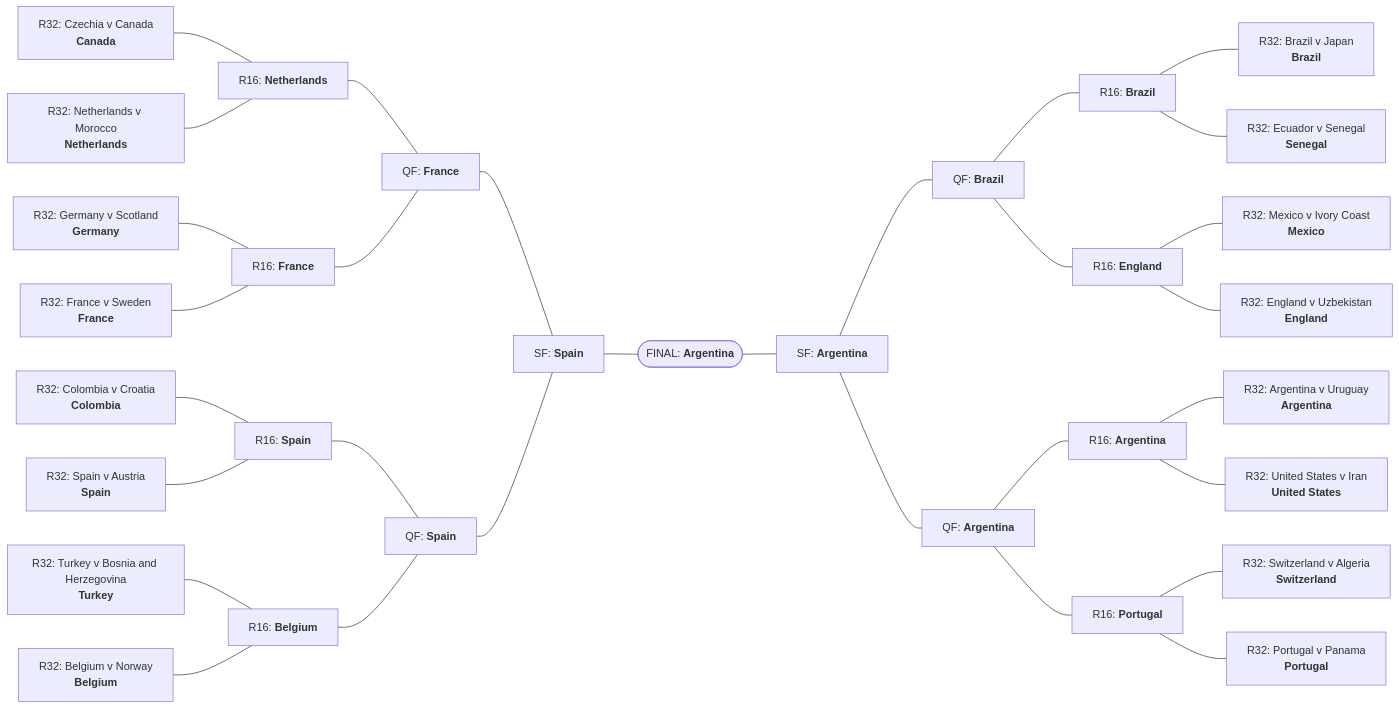
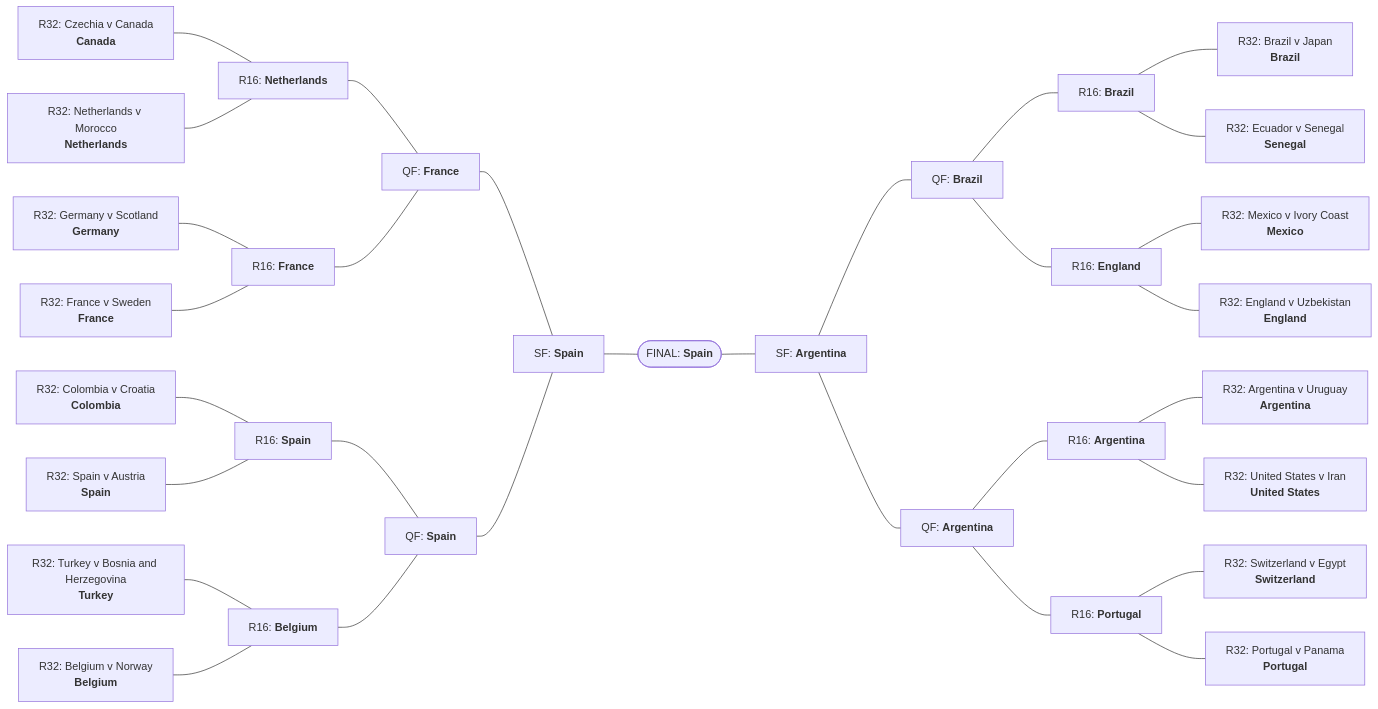
Before and after one commit to yutsz1203/worldcup-2026-prediction: the first of 2 diagrams in showcase.md, drawn with Mermaid. The commit also changed other lines of this file and 102 other files, not shown here.

````diff
--- a/showcase.md
+++ b/showcase.md
@@ -285,64 +154,64 @@
 ```mermaid
 flowchart LR
   m73["R32: Czechia v Canada<br/><b>Canada</b>"]
   m74["R32: Germany v Scotland<br/><b>Germany</b>"]
   m75["R32: Netherlands v Morocco<br/><b>Netherlands</b>"]
   m76["R32: Brazil v Japan<br/><b>Brazil</b>"]
   m77["R32: France v Sweden<br/><b>France</b>"]
   m78["R32: Ecuador v Senegal<br/><b>Senegal</b>"]
   m79["R32: Mexico v Ivory Coast<br/><b>Mexico</b>"]
   m80["R32: England v Uzbekistan<br/><b>England</b>"]
   m81["R32: Turkey v Bosnia and Herzegovina<br/><b>Turkey</b>"]
   m82["R32: Belgium v Norway<br/><b>Belgium</b>"]
   m83["R32: Colombia v Croatia<br/><b>Colombia</b>"]
   m84["R32: Spain v Austria<br/><b>Spain</b>"]
-  m85["R32: Switzerland v Algeria<br/><b>Switzerland</b>"]
+  m85["R32: Switzerland v Egypt<br/><b>Switzerland</b>"]
   m86["R32: Argentina v Uruguay<br/><b>Argentina</b>"]
   m87["R32: Portugal v Panama<br/><b>Portugal</b>"]
   m88["R32: United States v Iran<br/><b>United States</b>"]
   m89["R16: <b>Netherlands</b>"]
   m90["R16: <b>France</b>"]
   m91["R16: <b>Brazil</b>"]
   m92["R16: <b>England</b>"]
   m93["R16: <b>Spain</b>"]
   m94["R16: <b>Belgium</b>"]
   m95["R16: <b>Argentina</b>"]
   m96["R16: <b>Portugal</b>"]
   m97["QF: <b>France</b>"]
   m98["QF: <b>Spain</b>"]
   m99["QF: <b>Brazil</b>"]
   m100["QF: <b>Argentina</b>"]
   m101["SF: <b>Spain</b>"]
   m102["SF: <b>Argentina</b>"]
-  m104(["FINAL: <b>Argentina</b>"])
+  m104(["FINAL: <b>Spain</b>"])
   m73 --- m89
   m75 --- m89
   m74 --- m90
   m77 --- m90
   m91 --- m76
   m91 --- m78
   m92 --- m79
   m92 --- m80
   m83 --- m93
   m84 --- m93
   m81 --- m94
   m82 --- m94
   m95 --- m86
   m95 --- m88
   m96 --- m85
   m96 --- m87
   m89 --- m97
   m90 --- m97
   m93 --- m98
   m94 --- m98
   m99 --- m91
   m99 --- m92
   m100 --- m95
   m100 --- m96
   m97 --- m101
   m98 --- m101
   m102 --- m99
   m102 --- m100
   m101 --- m104
   m104 --- m102
 ```
````
